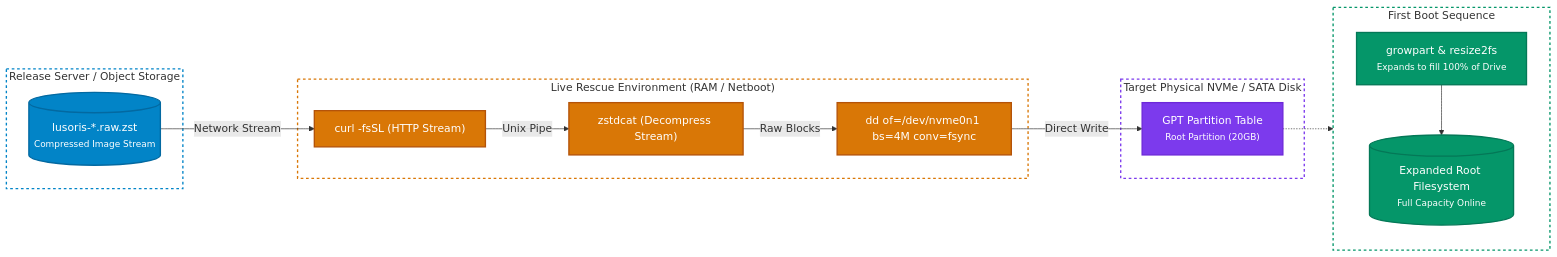
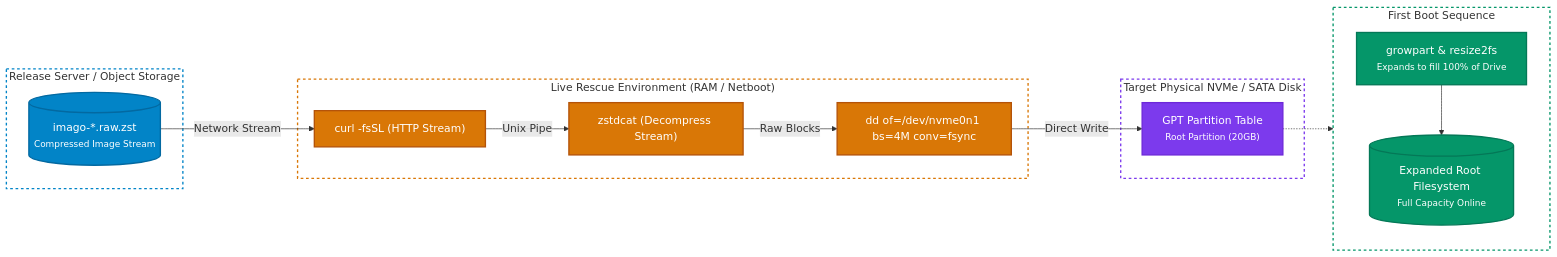
Before and after one commit to cordanaLLM/imago: the diagram in docs/platforms/baremetal.md, drawn with Mermaid. The commit also changed other lines of this file and 74 other files, not shown here.

````diff
--- a/docs/platforms/baremetal.md
+++ b/docs/platforms/baremetal.md
@@ -40,38 +40,38 @@
 ```mermaid
 flowchart LR
     %% Semantic class definitions with vibrant, high-contrast jewel palettes
     classDef rescue fill:#d97706,stroke:#b45309,stroke-width:2px,color:#ffffff
     classDef remote fill:#0284c7,stroke:#0369a1,stroke-width:2px,color:#ffffff
     classDef disk fill:#7c3aed,stroke:#6d28d9,stroke-width:2px,color:#ffffff
     classDef boot fill:#059669,stroke:#047857,stroke-width:2px,color:#ffffff
 
     subgraph RescueEnv["Live Rescue Environment (RAM / Netboot)"]
         Curl["curl -fsSL (HTTP Stream)"]:::rescue
         Zstd["zstdcat (Decompress Stream)"]:::rescue
         DD["dd of=/dev/nvme0n1 bs=4M conv=fsync"]:::rescue
         Curl -->|Unix Pipe| Zstd -->|Raw Blocks| DD
     end
 
     subgraph RemoteStorage["Release Server / Object Storage"]
-        RemoteImg[("lusoris-*.raw.zst<br/><small>Compressed Image Stream</small>")]:::remote
+        RemoteImg[("imago-*.raw.zst<br/><small>Compressed Image Stream</small>")]:::remote
     end
 
     subgraph TargetDrive["Target Physical NVMe / SATA Disk"]
         GPT["GPT Partition Table<br/><small>Root Partition (20GB)</small>"]:::disk
     end
 
     subgraph FirstBoot["First Boot Sequence"]
         Growpart["growpart & resize2fs<br/><small>Expands to fill 100% of Drive</small>"]:::boot
         FullRoot[("Expanded Root Filesystem<br/><small>Full Capacity Online</small>")]:::boot
         Growpart --> FullRoot
     end
 
     RemoteImg -->|Network Stream| Curl
     DD -->|Direct Write| GPT
     GPT -.-> FirstBoot
 
     style RescueEnv fill:none,stroke:#d97706,stroke-width:2px,stroke-dasharray: 4 4
     style RemoteStorage fill:none,stroke:#0284c7,stroke-width:2px,stroke-dasharray: 4 4
     style TargetDrive fill:none,stroke:#7c3aed,stroke-width:2px,stroke-dasharray: 4 4
     style FirstBoot fill:none,stroke:#059669,stroke-width:2px,stroke-dasharray: 4 4
 ```
````
